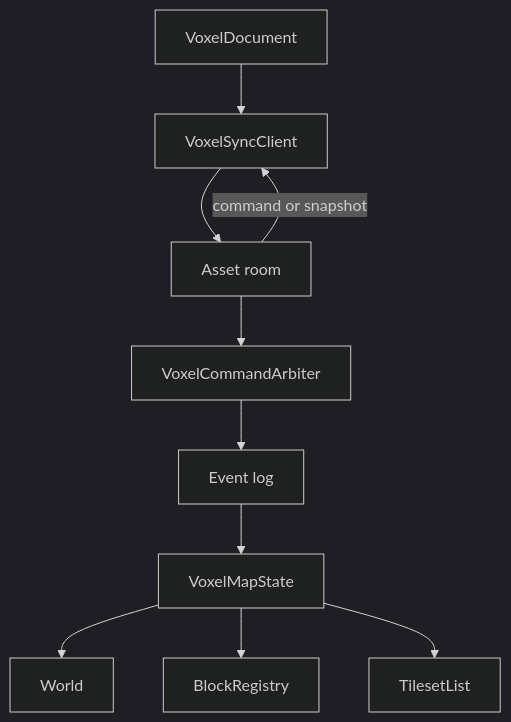
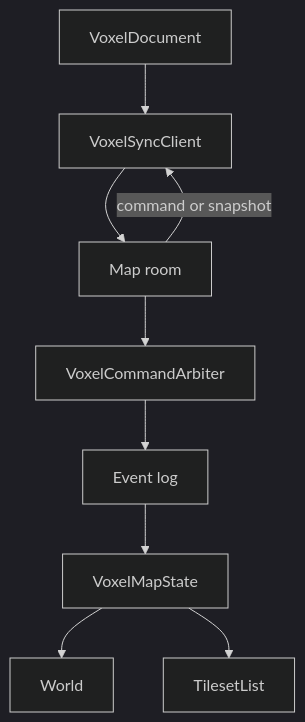
One commit to JollyPixel/editor changed the first of 4 diagrams in packages/assets/voxel-map/ARCHITECTURE.md. Above: the diagram before and after it, drawn with Mermaid (dark theme). The commit also changed other lines of this file and 147 other files, not shown here.

First line of the commit message:
Merge pull request #787 from JollyPixel/voxel-map-tileset

````diff
--- a/packages/assets/voxel-map/ARCHITECTURE.md
+++ b/packages/assets/voxel-map/ARCHITECTURE.md
@@ -5,12 +5,11 @@
 ```mermaid
 flowchart TB
     Document["VoxelDocument"] --> Sync["VoxelSyncClient"]
-    Sync --> Room["Asset room"]
+    Sync --> Room["Map room"]
     Room --> Arbiter["VoxelCommandArbiter"]
     Arbiter --> Log["Event log"]
     Log --> State["VoxelMapState"]
     State --> World["World"]
-    State --> Blocks["BlockRegistry"]
-    State --> Tilesets["TilesetList"]
+    State --> Links["TilesetList"]
     Room -->|"command or snapshot"| Sync
 ```
````
